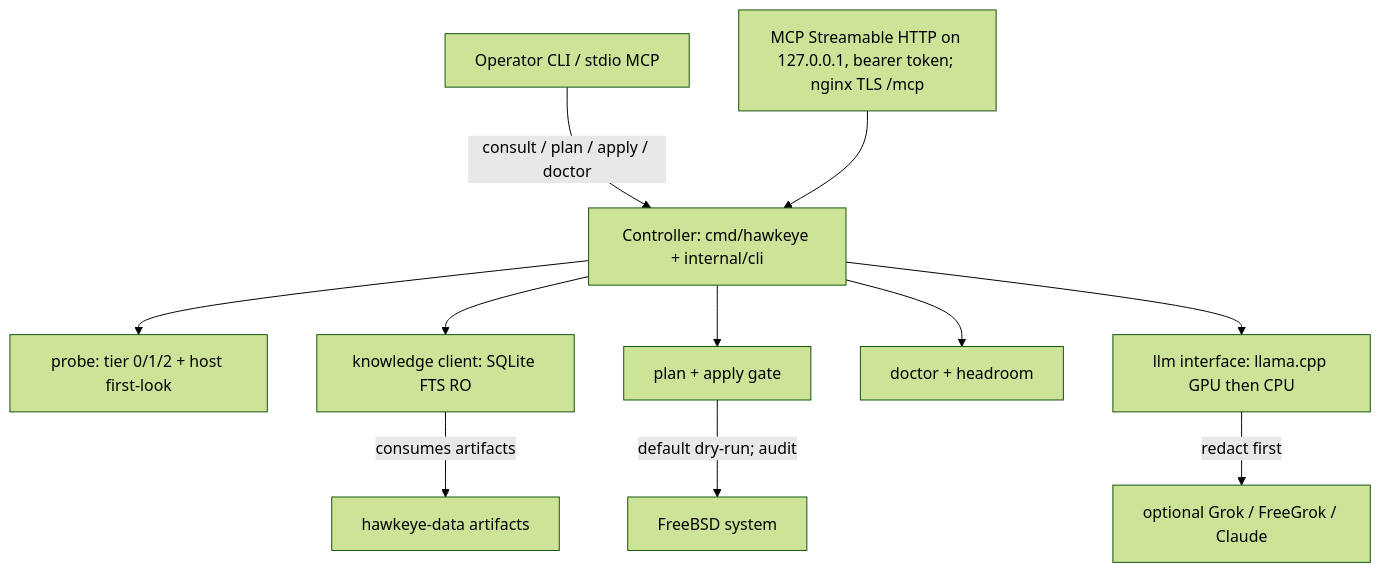
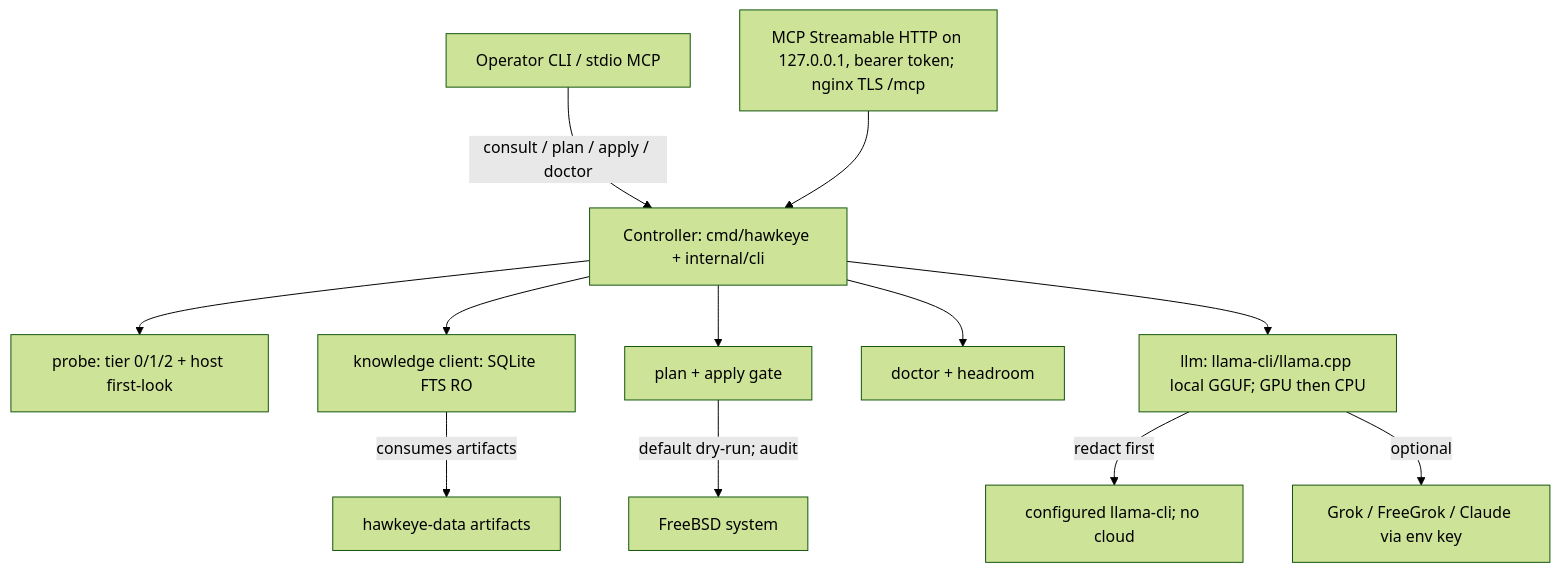
The first of 4 diagrams in docs/ARCHITECTURE.md (revytechinc/hawkeye), drawn with Mermaid (forest theme) before and after one commit. The commit also changed 28 other files, not shown here.

First line of the commit message:
Fill CORE holes: real local llama.cpp, healthy update skip, rescue install (#20)

````diff
--- a/docs/ARCHITECTURE.md
+++ b/docs/ARCHITECTURE.md
@@ -14,13 +14,14 @@
 ```mermaid
 flowchart TD
     Operator["Operator CLI / stdio MCP"] -->|"consult / plan / apply / doctor"| CLI["Controller: cmd/hawkeye + internal/cli"]
     MCPHTTP["MCP Streamable HTTP on 127.0.0.1, bearer token; nginx TLS /mcp"] --> CLI
     CLI --> Probe["probe: tier 0/1/2 + host first-look"]
     CLI --> Knowledge["knowledge client: SQLite FTS RO"]
     CLI --> PlanApply["plan + apply gate"]
     CLI --> Doctor["doctor + headroom"]
-    CLI --> LLM["llm interface: llama.cpp GPU then CPU"]
+    CLI --> LLM["llm: llama-cli/llama.cpp local GGUF; GPU then CPU"]
     Knowledge -->|"consumes artifacts"| DataRepo["hawkeye-data artifacts"]
     PlanApply -->|"default dry-run; audit"| System["FreeBSD system"]
-    LLM -->|"redact first"| Remote["optional Grok / FreeGrok / Claude"]
+    LLM -->|"redact first"| LocalBin["configured llama-cli; no cloud"]
+    LLM -->|"optional"| Remote["Grok / FreeGrok / Claude via env key"]
 ```
````
